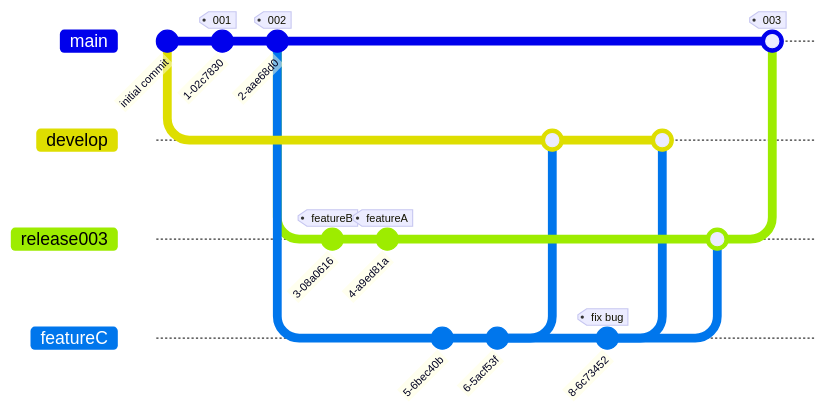
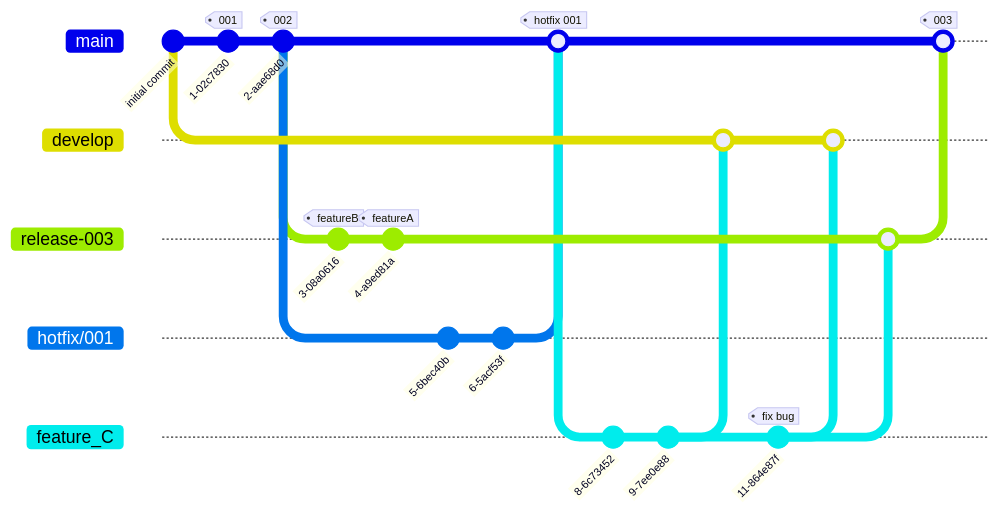
The diagram in wiki/gitflow.mmd (MaximCheb/desdoc_server), drawn with Mermaid before and after one commit. The commit also changed 2 other files, not shown here. Commit ids are hidden.

```diff
--- a/wiki/gitflow.mmd
+++ b/wiki/gitflow.mmd
@@ -1,26 +1,32 @@
 %%{init: { 'logLevel': 'debug', 'theme': 'Light', 'gitGraph': {'showBranches': true, 'showCommitLabel':true}} }%%
 gitGraph
         commit id: "initial commit"
         branch develop
         checkout main
         commit tag:"001"
         commit tag:"002"
-        branch release003
-        checkout release003
+        branch release-003
+        checkout release-003
         commit tag:"featureB"
         commit tag:"featureA"
         checkout main
-        branch featureC
+        branch hotfix/001
+        checkout hotfix/001
+        commit
+        commit
+        checkout main
+        merge hotfix/001 tag:"hotfix 001"
+        branch feature_C
         commit
         commit
         checkout develop
-        merge featureC
-        checkout featureC
+        merge feature_C
+        checkout feature_C
         commit tag:"fix bug"
         checkout develop
-        merge featureC
-        checkout featureC
-        checkout release003
-        merge featureC
+        merge feature_C
+        checkout feature_C
+        checkout release-003
+        merge feature_C
         checkout main
-        merge release003 tag:"003"
+        merge release-003 tag:"003"
```
